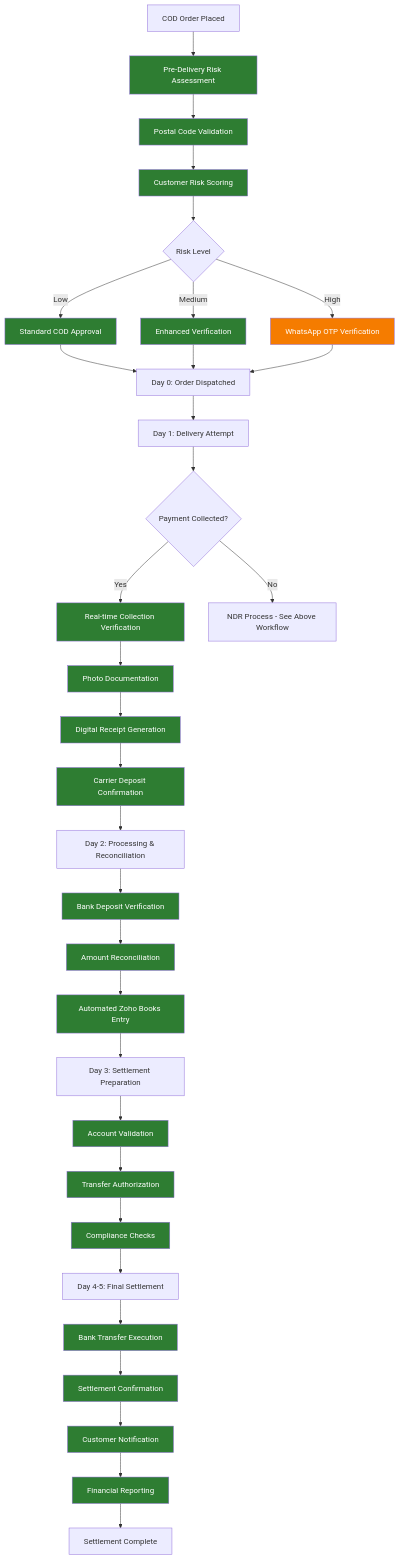
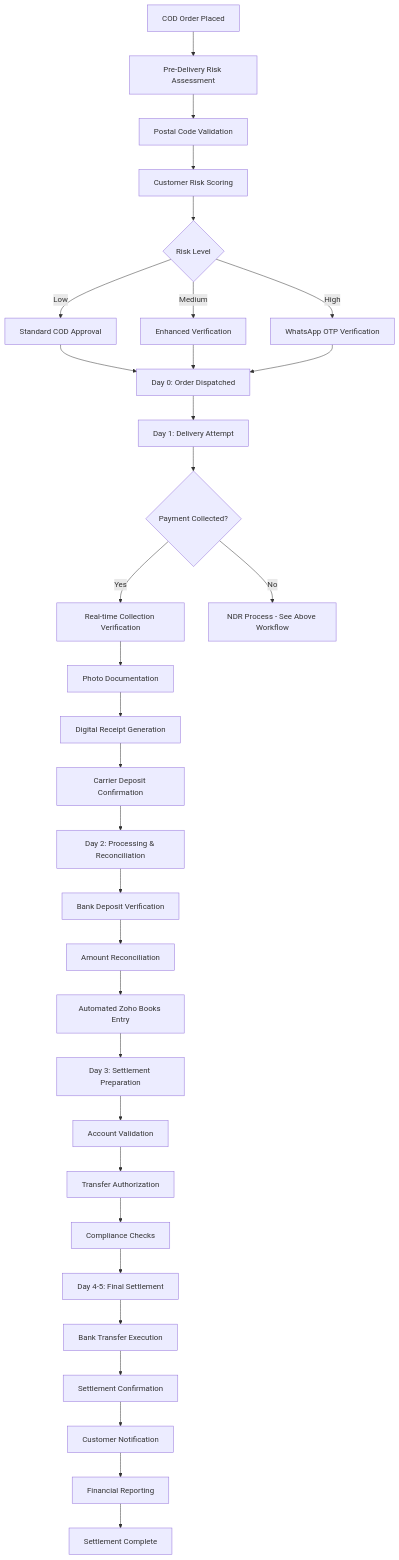
Before and after one commit to sandeepkumar0801/Digihub: the fifth of 7 diagrams in DigiHub_Readme.md, drawn with Mermaid. The commit also changed other lines of this file, not shown here.

Commit message:
update style of diagrams

````diff
--- a/DigiHub_Readme.md
+++ b/DigiHub_Readme.md
@@ -872,64 +814,45 @@
 ```mermaid
 graph TD
     A[COD Order Placed] --> B[Pre-Delivery Risk Assessment]
     B --> C[Postal Code Validation]
     C --> D[Customer Risk Scoring]
 
     D --> E{Risk Level}
     E -->|Low| F[Standard COD Approval]
     E -->|Medium| G[Enhanced Verification]
     E -->|High| H[WhatsApp OTP Verification]
 
     F --> I[Day 0: Order Dispatched]
     G --> I
     H --> I
 
     I --> J[Day 1: Delivery Attempt]
     J --> K{Payment Collected?}
 
     K -->|Yes| L[Real-time Collection Verification]
     K -->|No| M[NDR Process - See Above Workflow]
 
     L --> N[Photo Documentation]
     N --> O[Digital Receipt Generation]
     O --> P[Carrier Deposit Confirmation]
 
     P --> Q[Day 2: Processing & Reconciliation]
     Q --> R[Bank Deposit Verification]
     R --> S[Amount Reconciliation]
     S --> T[Automated Zoho Books Entry]
 
     T --> U[Day 3: Settlement Preparation]
     U --> V[Account Validation]
     V --> W[Transfer Authorization]
     W --> X[Compliance Checks]
 
     X --> Y[Day 4-5: Final Settlement]
     Y --> Z[Bank Transfer Execution]
     Z --> AA[Settlement Confirmation]
     AA --> BB[Customer Notification]
     BB --> CC[Financial Reporting]
 
     CC --> DD[Settlement Complete]
 
-    style B fill:#2E7D32,color:#FFFFFF
-    style C fill:#2E7D32,color:#FFFFFF
-    style D fill:#2E7D32,color:#FFFFFF
-    style F fill:#2E7D32,color:#FFFFFF
-    style G fill:#2E7D32,color:#FFFFFF
-    style L fill:#2E7D32,color:#FFFFFF
-    style N fill:#2E7D32,color:#FFFFFF
-    style O fill:#2E7D32,color:#FFFFFF
-    style P fill:#2E7D32,color:#FFFFFF
-    style R fill:#2E7D32,color:#FFFFFF
-    style S fill:#2E7D32,color:#FFFFFF
-    style T fill:#2E7D32,color:#FFFFFF
-    style V fill:#2E7D32,color:#FFFFFF
-    style W fill:#2E7D32,color:#FFFFFF
-    style X fill:#2E7D32,color:#FFFFFF
-    style Z fill:#2E7D32,color:#FFFFFF
-    style AA fill:#2E7D32,color:#FFFFFF
-    style BB fill:#2E7D32,color:#FFFFFF
-    style CC fill:#2E7D32,color:#FFFFFF
-    style H fill:#F57C00,color:#FFFFFF
+
 ```
````
